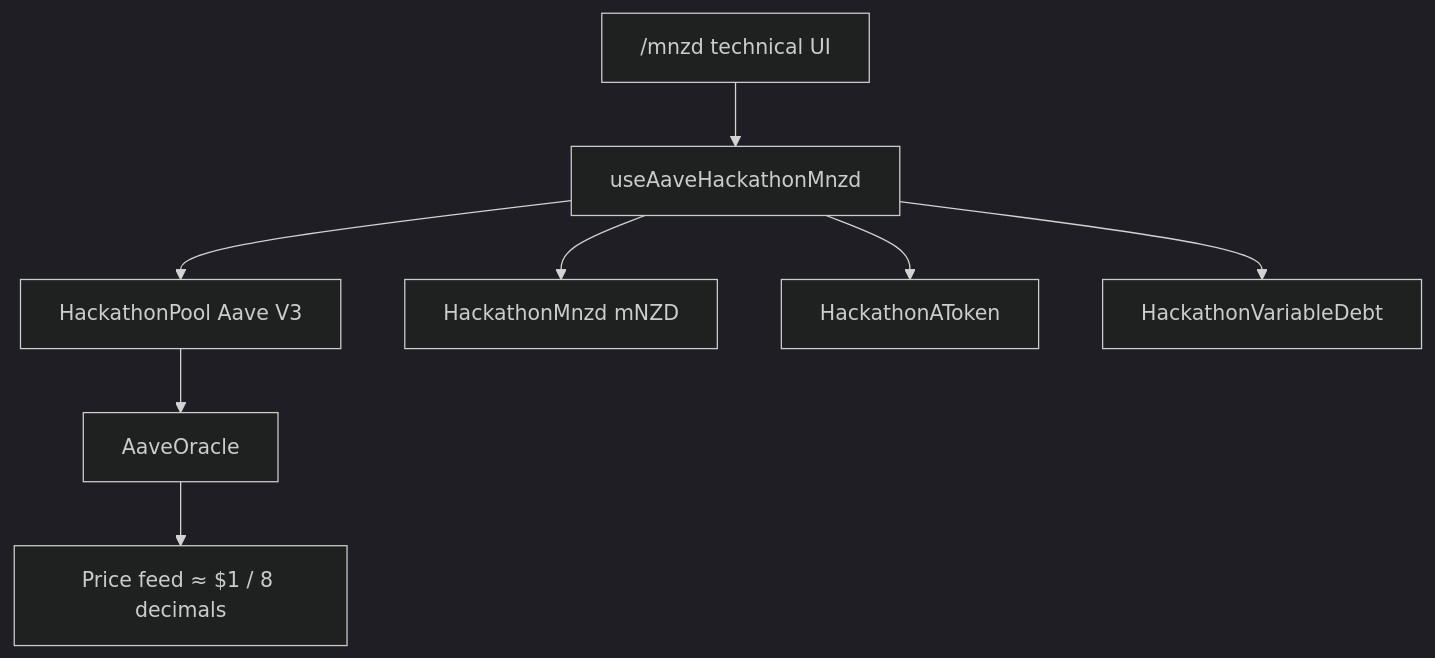
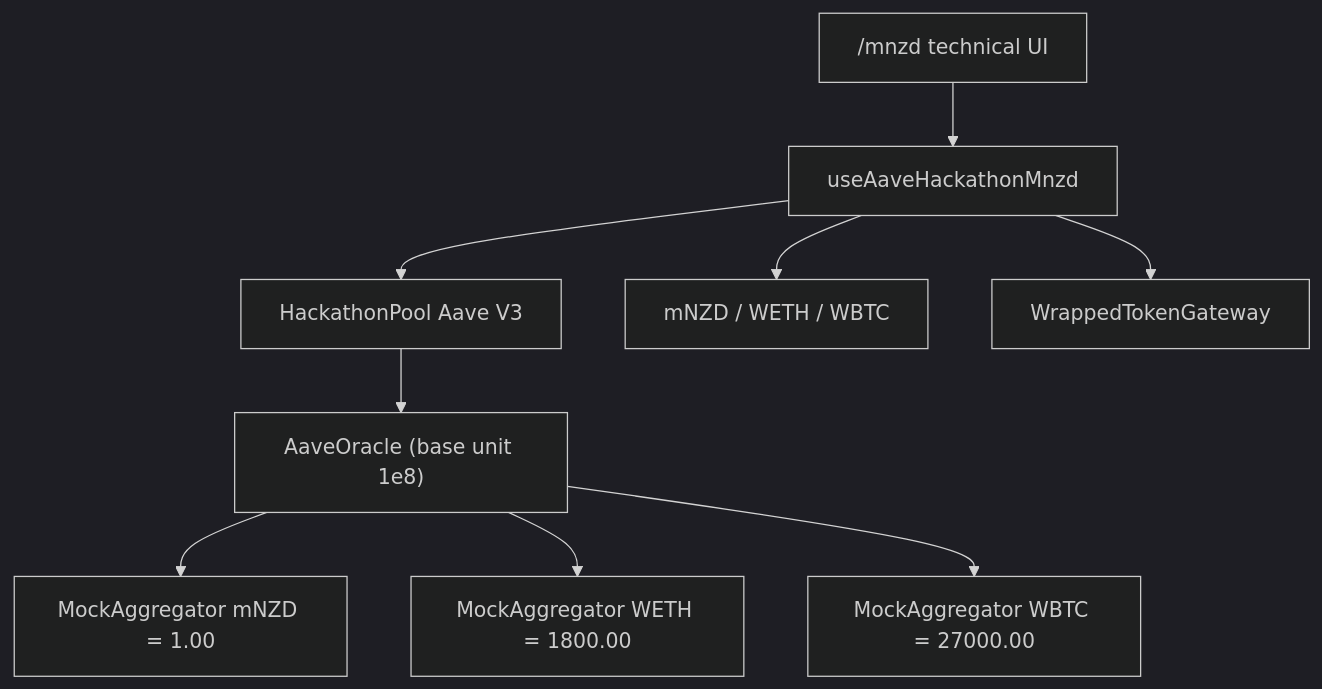
One commit to jxav22/aave-nzdd-sepolia-demo changed the diagram in docs/BUILD_PLAN.md. Above: the diagram before and after it, drawn with Mermaid (dark theme). The commit also changed other lines of this file and 12 other files, not shown here.

````diff
--- a/docs/BUILD_PLAN.md
+++ b/docs/BUILD_PLAN.md
@@ -77,10 +277,11 @@
 ```mermaid
 flowchart TB
   UI["/mnzd technical UI"] --> Hook["useAaveHackathonMnzd"]
   Hook --> Pool["HackathonPool Aave V3"]
-  Hook --> Token["HackathonMnzd mNZD"]
-  Hook --> AToken["HackathonAToken"]
-  Hook --> Debt["HackathonVariableDebt"]
-  Pool --> Oracle["AaveOracle"]
-  Oracle --> Feed["Price feed ≈ $1 / 8 decimals"]
+  Hook --> Tokens["mNZD / WETH / WBTC"]
+  Hook --> Gateway["WrappedTokenGateway"]
+  Pool --> Oracle["AaveOracle (base unit 1e8)"]
+  Oracle --> F1["MockAggregator mNZD = 1.00"]
+  Oracle --> F2["MockAggregator WETH = 1800.00"]
+  Oracle --> F3["MockAggregator WBTC = 27000.00"]
 ```
````
